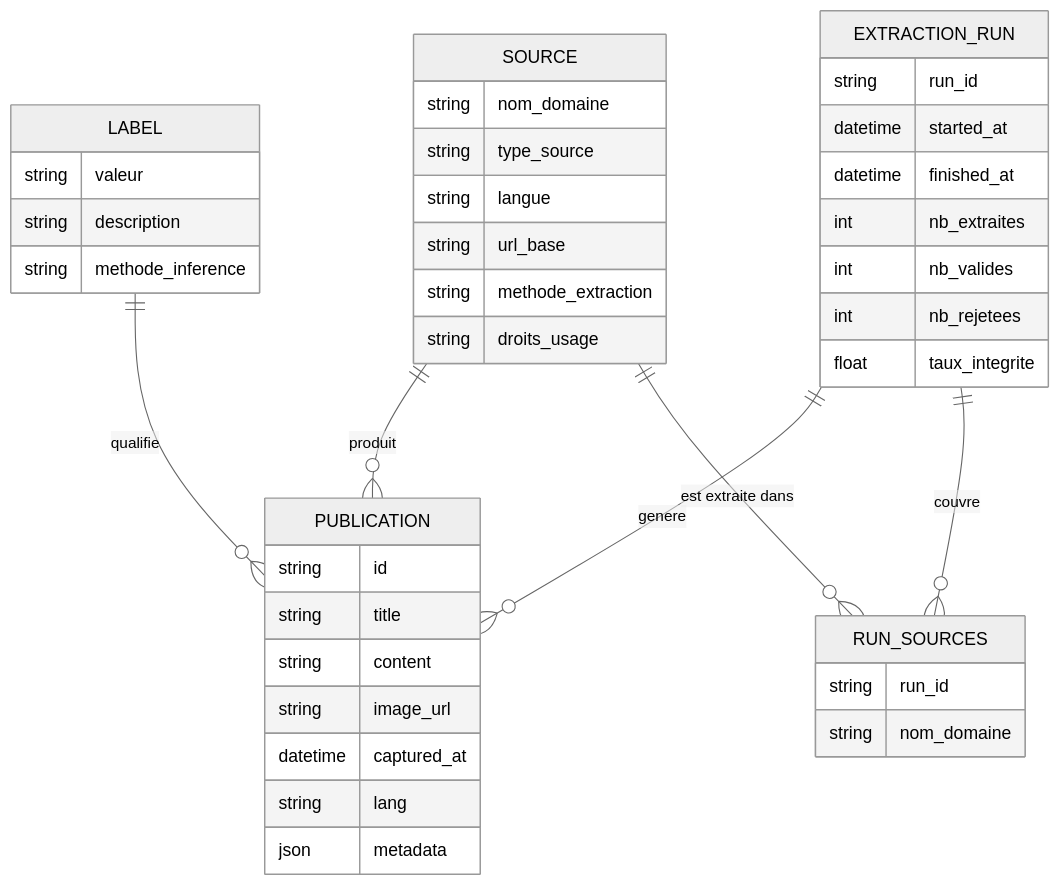
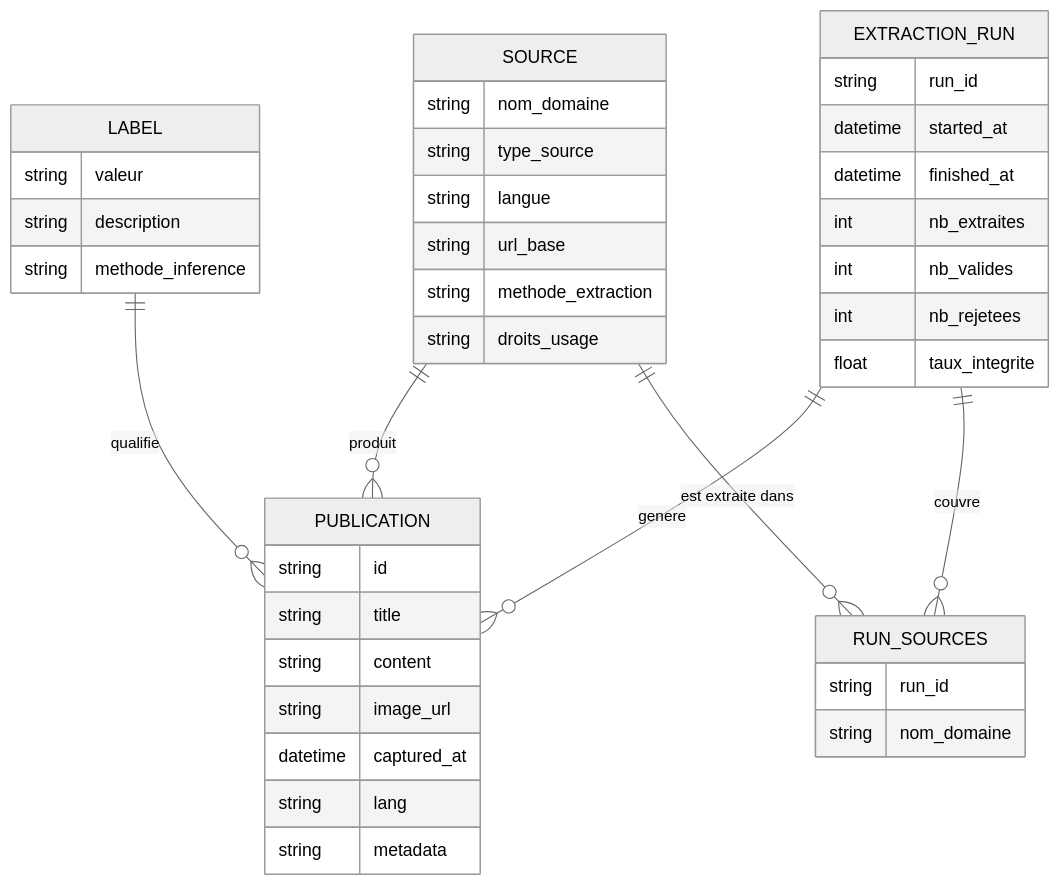
The first of 4 diagrams in docs/L4_schema_donnees.md (racemartin/m12_ocr), drawn with Mermaid (neutral theme) before and after one commit.

Commit message:
fix string   metadata

````diff
--- a/docs/L4_schema_donnees.md
+++ b/docs/L4_schema_donnees.md
@@ -15,48 +15,48 @@
 ```mermaid
 erDiagram
     SOURCE {
         string nom_domaine
         string type_source
         string langue
         string url_base
         string methode_extraction
         string droits_usage
     }
 
     PUBLICATION {
         string   id
         string   title
         string   content
         string   image_url
         datetime captured_at
         string   lang
-        json     metadata
+        string   metadata
     }
 
     LABEL {
         string valeur
         string description
         string methode_inference
     }
 
     EXTRACTION_RUN {
         string   run_id
         datetime started_at
         datetime finished_at
         int      nb_extraites
         int      nb_valides
         int      nb_rejetees
         float    taux_integrite
     }
 
     RUN_SOURCES {
         string run_id
         string nom_domaine
     }
 
     SOURCE         ||--o{ PUBLICATION  : "produit"
     LABEL          ||--o{ PUBLICATION  : "qualifie"
     EXTRACTION_RUN ||--o{ PUBLICATION  : "genere"
     EXTRACTION_RUN ||--o{ RUN_SOURCES  : "couvre"
     SOURCE         ||--o{ RUN_SOURCES  : "est extraite dans"
 ```
````
